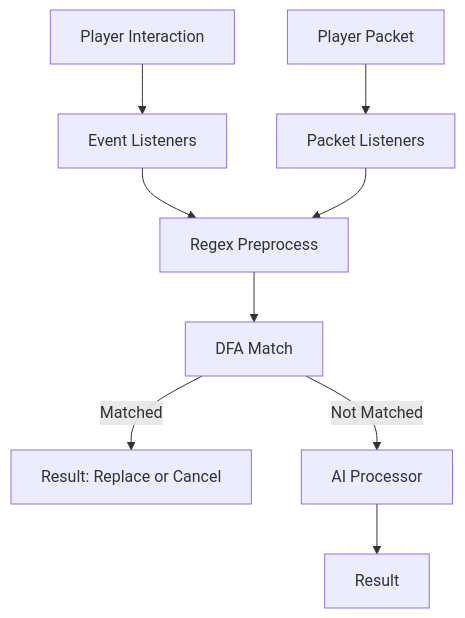
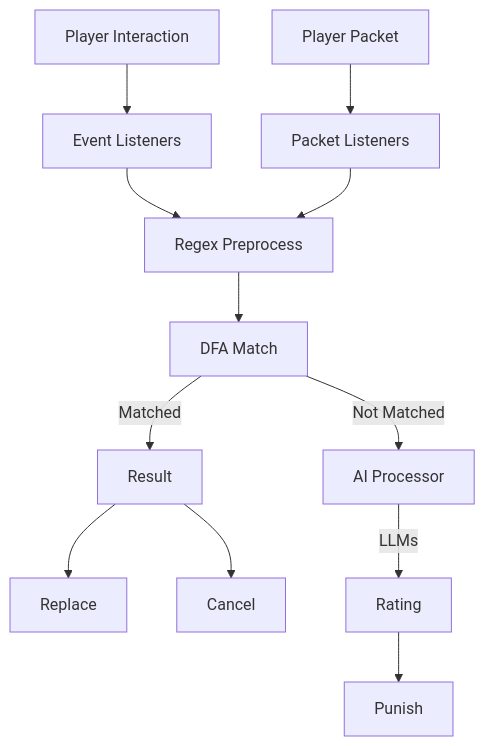
One commit to HaHaWTH/AdvancedSensitiveWords changed the diagram in README.md. Above: the diagram before and after it, drawn with Mermaid. The commit also changed other lines of this file, not shown here.

Commit message:
Refine flow diagram

````diff
--- a/README.md
+++ b/README.md
@@ -56,11 +56,14 @@
 ```mermaid
 graph TD
     A[Player Interaction] --> B[Event Listeners]
     C[Player Packet] --> D[Packet Listeners]
     B --> E[Regex Preprocess]
     D --> E[Regex Preprocess]
     E --> F[DFA Match]
-    F -->|Matched| G[Result: Replace or Cancel]
+    F -->|Matched| G[Result]
+    G --> J[Replace]
+    G --> K[Cancel]
     F -->|Not Matched| H[AI Processor]
-    H --> I[Result]
+    H -->|LLMs| I[Rating]
+    I --> L[Punish]
 ```
````
